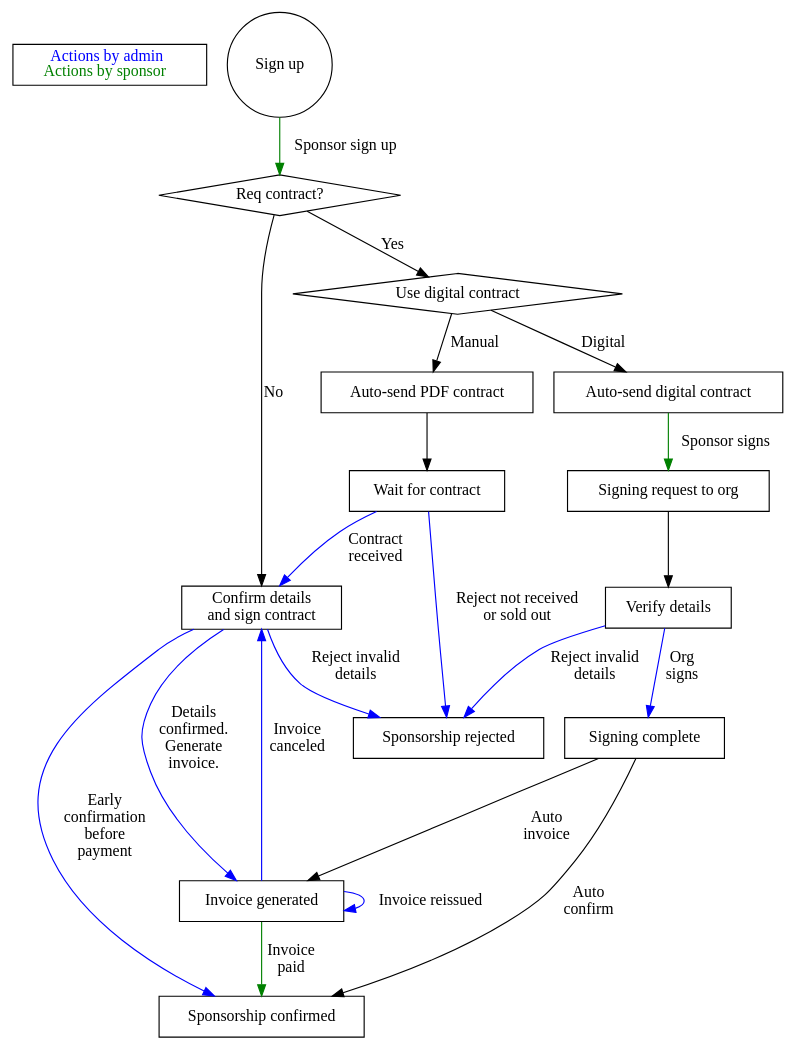
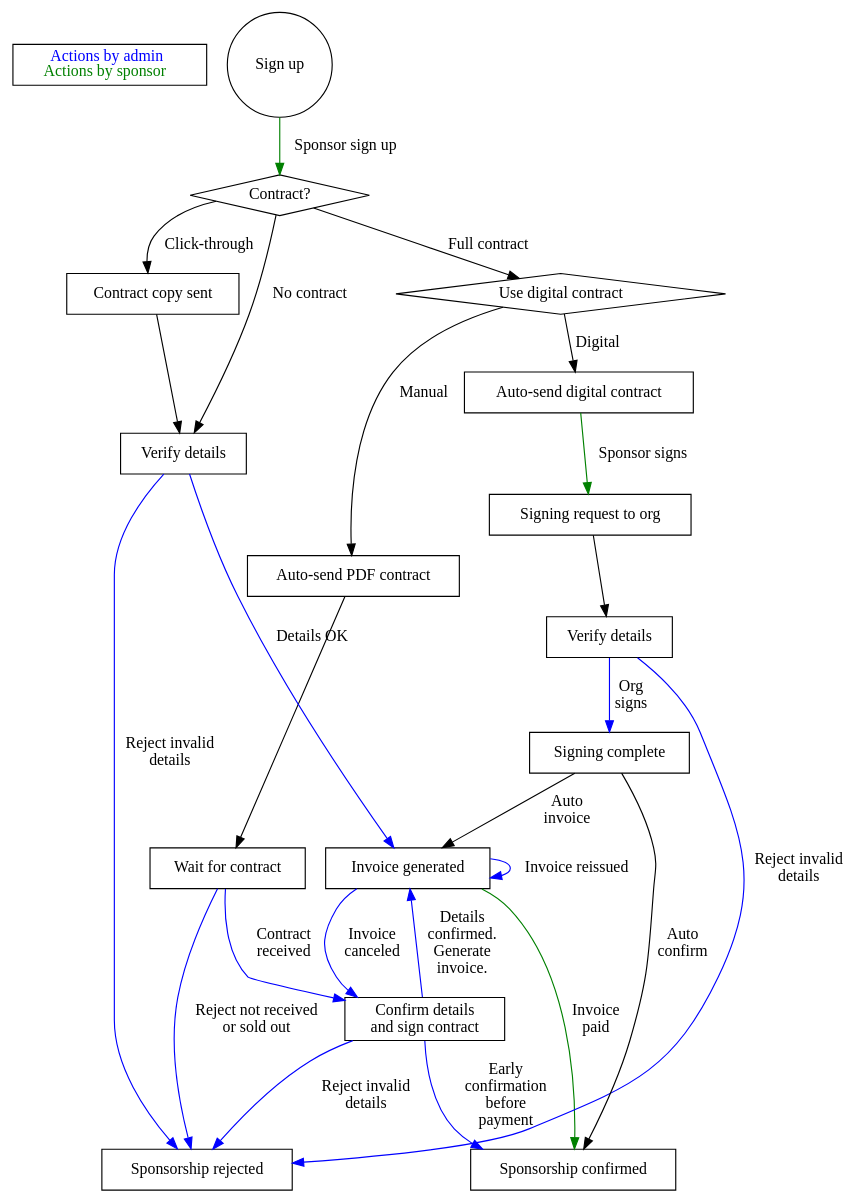
Before and after one commit to pgeu/pgeu-system: the diagram in docs/confreg/graphs/sponsorsignup.dot, drawn with Graphviz. The commit also changed 2 other files, not shown here.

Commit message:
Update docs for click-through contracts

```diff
--- a/docs/confreg/graphs/sponsorsignup.dot
+++ b/docs/confreg/graphs/sponsorsignup.dot
@@ -1,44 +1,50 @@
 digraph sponsorsignup {
 	subgraph legend {
 		key[shape=box, label=<
 		    <font color="blue">Actions by admin</font><br/>
 		    <font color="green">Actions by sponsor</font><br/>
 		>, labeljust="l"]
 	}
 
 	start[shape=circle label="Sign up"];
-	type[shape=diamond label="Req contract?"];
+	type[shape=diamond label="Contract?"];
 	confirm[shape=box label="Confirm details\nand sign contract"];
 	invoice[shape=box label="Invoice generated"];
+	clickthroughcontract[shape=box label="Contract copy sent"];
 	typeofcontract[shape=diamond label="Use digital contract"];
 	manualpdf[shape=box label="Auto-send PDF contract"];
 	digitalcontract[shape=box label="Auto-send digital contract"];
 	digitaltoorg[shape=box label="Signing request to org"];
 	verifydetails[shape=box label="Verify details"];
+	verifydetailsbeforesign[shape=box label="Verify details"];
 	signcomplete[shape=box label="Signing complete"];
 	contract[shape=box label="Wait for contract"];
 	confirmed[shape=box label="Sponsorship confirmed"];
 	rejected[shape=box label="Sponsorship rejected"];
 
 	start -> type [label="Sponsor sign up", color=green];
-	type -> typeofcontract [label="Yes"];
-	type -> confirm [label="No"];
+	type -> typeofcontract [label="Full contract"];
+	type -> verifydetails [label="No contract"];
+	type -> clickthroughcontract [label="Click-through"];
+	clickthroughcontract -> verifydetails;
 	typeofcontract -> manualpdf [label="Manual"]
 	typeofcontract -> digitalcontract [label="Digital"]
 	digitalcontract -> digitaltoorg [label="Sponsor signs", color=green]
-	digitaltoorg -> verifydetails
+	digitaltoorg -> verifydetailsbeforesign
 	verifydetails -> rejected [label="Reject invalid\ndetails", color=blue]
-	verifydetails -> signcomplete [label="Org\nsigns", color=blue]
+	verifydetails -> invoice [label="Details OK", color=blue]
+	verifydetailsbeforesign -> rejected [label="Reject invalid\ndetails", color=blue]
+	verifydetailsbeforesign -> signcomplete [label="Org\nsigns", color=blue]
 	signcomplete -> confirmed [label="Auto\nconfirm"]
 	signcomplete->invoice [label="Auto\ninvoice"]
 	manualpdf -> contract;
 	confirm -> invoice [label="Details\nconfirmed.\nGenerate\ninvoice.", color=blue];
 	contract -> confirm [label="Contract\nreceived", color=blue];
 	confirm -> confirmed [label="Early\nconfirmation\nbefore\npayment", color=blue];
 	invoice -> confirmed [label="Invoice\npaid", color=green];
 	invoice -> confirm [label="Invoice\ncanceled", color=blue];
 	confirm -> rejected [label="Reject invalid\ndetails", color=blue];
 	contract -> rejected [label="Reject not received\nor sold out", color=blue];
 
 	invoice -> invoice [label="Invoice reissued", color=blue];
 }
```
